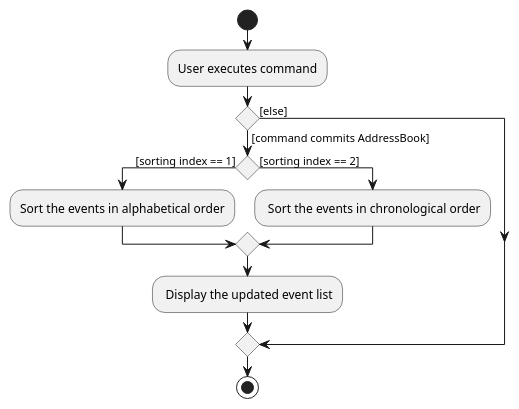
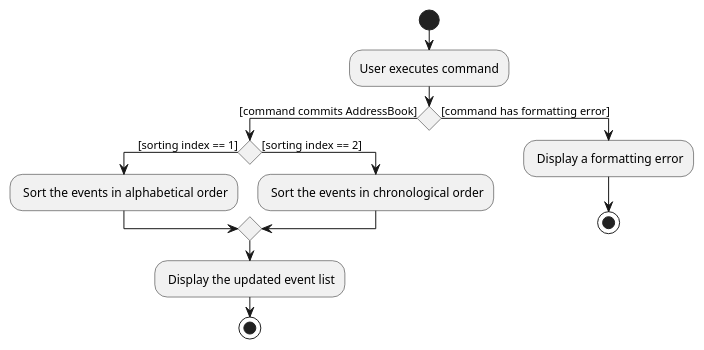
The diagram in docs/diagrams/SortEventActivityDiagram.puml (solkim-83/tp), drawn with PlantUML before and after one commit. The commit also changed 1 other file, not shown here.

Commit message:
Edit Activity Diagram and Sequence Diagram for Sort Event command

```diff
--- a/docs/diagrams/SortEventActivityDiagram.puml
+++ b/docs/diagrams/SortEventActivityDiagram.puml
@@ -1,18 +1,19 @@
 @startuml
 start
 :User executes command;
 
 'Since the beta syntax does not support placing the condition outside the
 'diamond we place it as the true branch instead.
 
 if () then ([command commits AddressBook])
 if () then ([sorting index == 1])
-    :Sort the events in alphabetical order;
+    : Sort the events in alphabetical order;
 else ([sorting index == 2])
     : Sort the events in chronological order;
 endif
     : Display the updated event list;
-else ([else])
-endif
-stop
+    stop
+else ([command has formatting error])
+    : Display a formatting error;
+    stop
 @enduml
```
